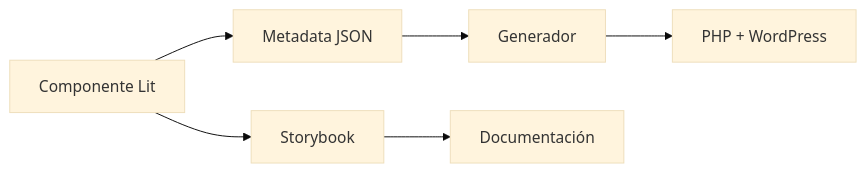
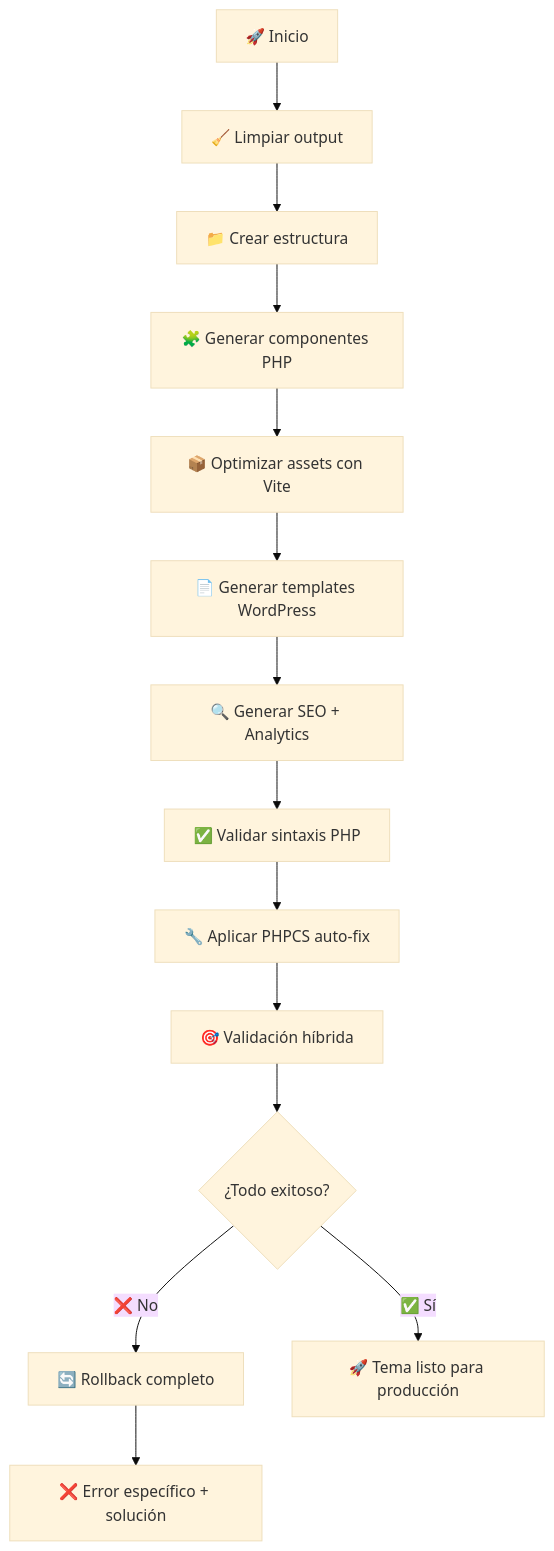
The diagram in README.md (indiegente/designsystem-wp), drawn with Mermaid (base theme) before and after one commit. The commit also changed other lines of this file and 22 other files, not shown here.

````diff
--- a/README.md
+++ b/README.md
@@ -73,8 +101,16 @@
 ```mermaid
-graph LR
-    A[Componente Lit] --> B[Metadata JSON]
-    B --> C[Generador]
-    C --> D[PHP + WordPress]
-    A --> E[Storybook]
-    E --> F[Documentación]
+graph TD
+    A[🚀 Inicio] --> B[🧹 Limpiar output]
+    B --> C[📁 Crear estructura]
+    C --> D[🧩 Generar componentes PHP]
+    D --> E[📦 Optimizar assets con Vite]
+    E --> F[📄 Generar templates WordPress]
+    F --> G[🔍 Generar SEO + Analytics]
+    G --> H[✅ Validar sintaxis PHP]
+    H --> I[🔧 Aplicar PHPCS auto-fix]
+    I --> J[🎯 Validación híbrida]
+    J --> K{¿Todo exitoso?}
+    K -->|❌ No| L[🔄 Rollback completo]
+    K -->|✅ Sí| M[🚀 Tema listo para producción]
+    L --> N[❌ Error específico + solución]
 ```
````
